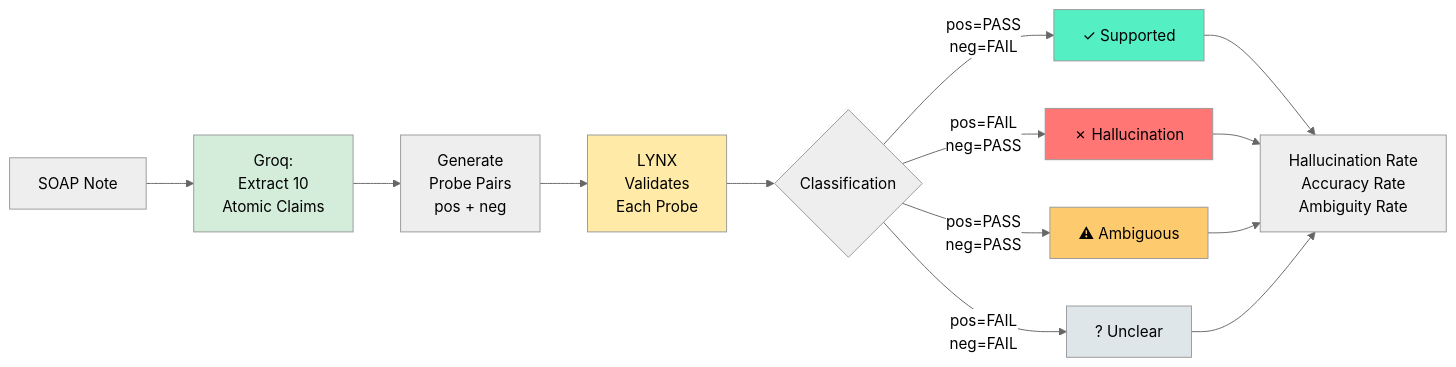
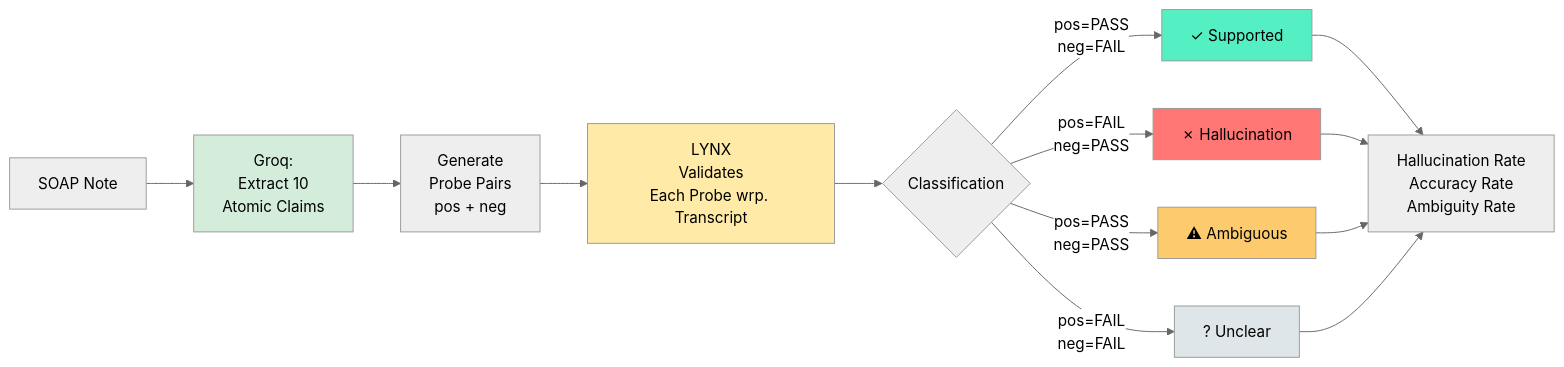
One commit to snehitvaddi/SOAP-QualitySuite changed the third of 3 diagrams in README.md. Above: the diagram before and after it, drawn with Mermaid (neutral theme).

Commit message:
Update LYNX validation description in README

````diff
--- a/README.md
+++ b/README.md
@@ -203,24 +203,24 @@
 ```mermaid
 graph LR
     A[SOAP Note] --> B[Groq:<br/>Extract 10<br/>Atomic Claims]
     B --> C[Generate<br/>Probe Pairs<br/>pos + neg]
-    C --> D[LYNX<br/>Validates<br/>Each Probe]
+    C --> D[LYNX<br/>Validates<br/>Each Probe wrp. Transcript]
     D --> E{Classification}
     
     E -->|pos=PASS<br/>neg=FAIL| F[✓ Supported]
     E -->|pos=FAIL<br/>neg=PASS| G[✗ Hallucination]
     E -->|pos=PASS<br/>neg=PASS| H[⚠ Ambiguous]
     E -->|pos=FAIL<br/>neg=FAIL| I[? Unclear]
     
     F --> J[Hallucination Rate<br/>Accuracy Rate<br/>Ambiguity Rate]
     G --> J
     H --> J
     I --> J
     
     style B fill:#d4edda
     style D fill:#ffeaa7
     style F fill:#55efc4
     style G fill:#ff7675
     style H fill:#fdcb6e
     style I fill:#dfe6e9
 ```
````
